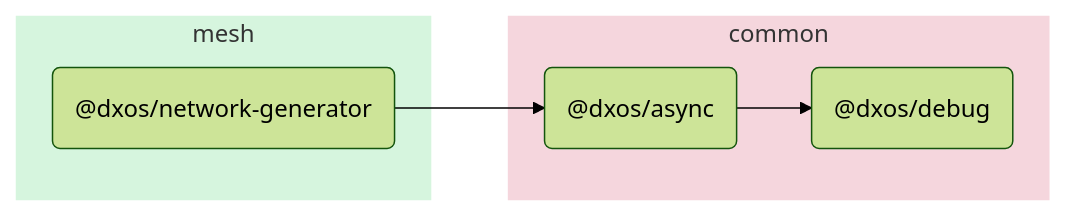
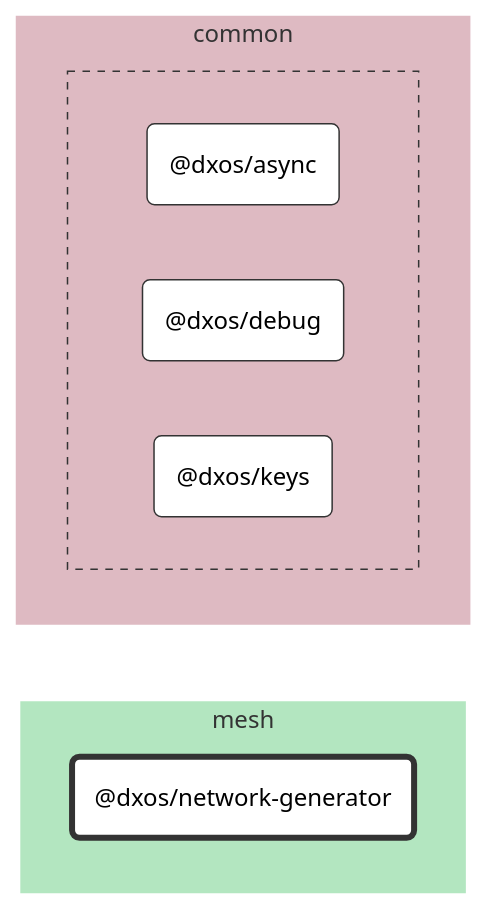
One commit to dxos/dxos changed the diagram in packages/mesh/network-generator/docs/README.md. Above: the diagram before and after it, drawn with Mermaid (forest theme). The commit also changed other lines of this file and 89 other files, not shown here.

````diff
--- a/packages/mesh/network-generator/docs/README.md
+++ b/packages/mesh/network-generator/docs/README.md
@@ -5,17 +7,44 @@
 ```mermaid
-flowchart LR;
+%%{ init: {'flowchart':{'curve':'basis'}} }%%
 
+flowchart LR
+
+%% Links
+
+%% Sections
 subgraph mesh
-  style mesh fill:#d6f5de,stroke:#fff;
-  dxos/network-generator("@dxos/network-generator");
+  style mesh fill:#b3e6c0,stroke:#fff;
+
+  dxos/network-generator("@dxos/network-generator")
 end
 
 subgraph common
-  style common fill:#f5d6dd,stroke:#fff;
-  dxos/async("@dxos/async");
-  dxos/debug("@dxos/debug");
+  style common fill:#debac2,stroke:#fff;
+
+
+  subgraph common-excluded [ ]
+    style common-excluded fill:#debac2,stroke:#333,stroke-dasharray:5 5;
+
+    dxos/async("@dxos/async")
+    dxos/debug("@dxos/debug")
+    dxos/keys("@dxos/keys")
+  end
 end
 
-dxos/network-generator --> dxos/async;
-dxos/async --> dxos/debug;
+
+%% Hyperlinks
+click dxos/async "dxos/dxos/tree/main/packages/common/async/docs";
+click dxos/debug "dxos/dxos/tree/main/packages/common/debug/docs";
+click dxos/keys "dxos/dxos/tree/main/packages/common/keys/docs";
+
+%% Styles
+classDef rootNode fill:#fff,stroke:#333,stroke-width:4px
+classDef defaultNode fill:#fff,stroke:#333,stroke-width:1px
+linkStyle default stroke:#333,stroke-width:1px
+
+dxos/network-generator:::rootNode
+
+dxos/async:::defaultNode
+dxos/debug:::defaultNode
+dxos/keys:::defaultNode
 ```
````
